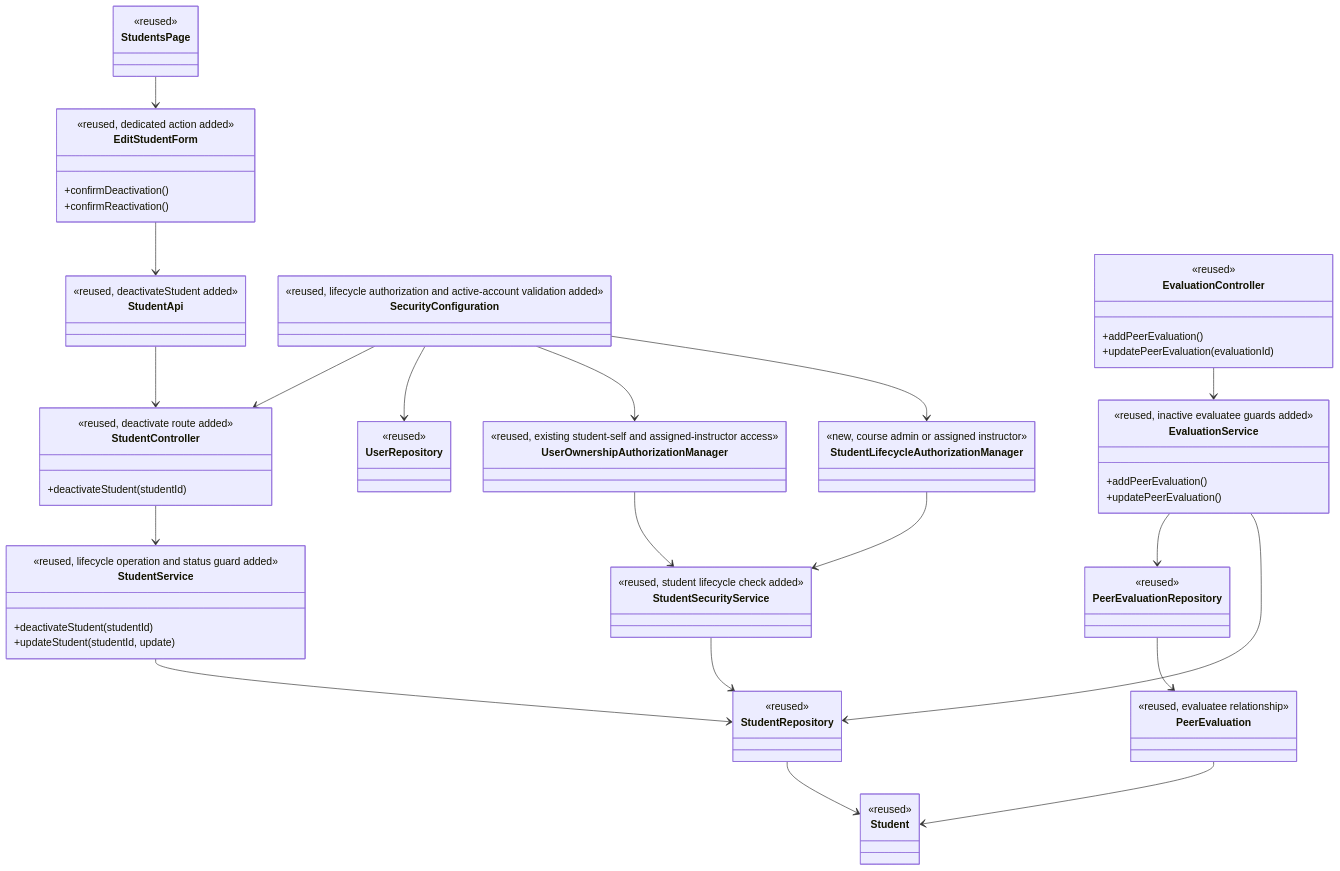
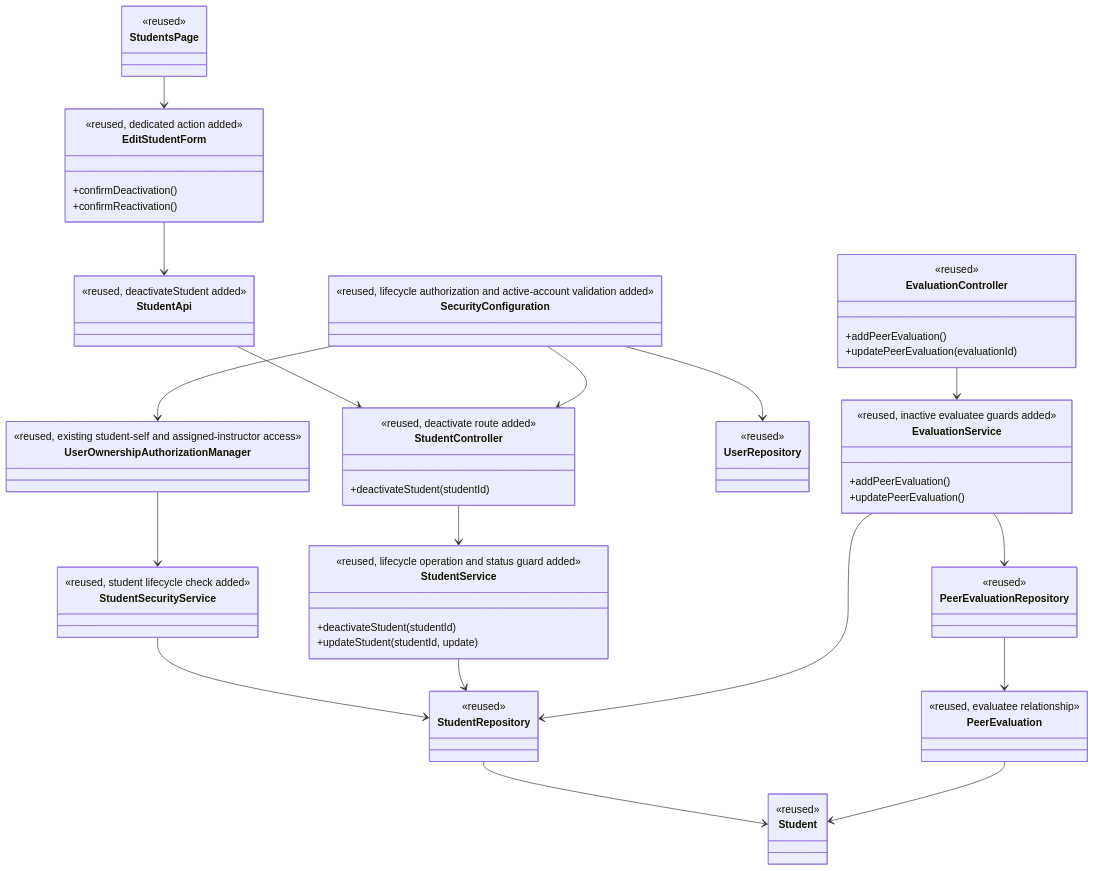
One commit to FranciscoLugoGonzales08/add-a-use-case changed the first of 4 diagrams in docs/design/stu.md. Above: the diagram before and after it, drawn with Mermaid. The commit also changed other lines of this file and 2 other files, not shown here.

````diff
--- a/docs/design/stu.md
+++ b/docs/design/stu.md
@@ -13,78 +13,73 @@
 ```mermaid
 classDiagram
     class StudentsPage {
         <<reused>>
     }
     class EditStudentForm {
         <<reused, dedicated action added>>
         +confirmDeactivation()
         +confirmReactivation()
     }
     class StudentApi {
         <<reused, deactivateStudent added>>
     }
     class SecurityConfiguration {
         <<reused, lifecycle authorization and active-account validation added>>
     }
     class UserOwnershipAuthorizationManager {
         <<reused, existing student-self and assigned-instructor access>>
-    }
-    class StudentLifecycleAuthorizationManager {
-        <<new, course admin or assigned instructor>>
     }
     class StudentSecurityService {
         <<reused, student lifecycle check added>>
     }
     class StudentController {
         <<reused, deactivate route added>>
         +deactivateStudent(studentId)
     }
     class StudentService {
         <<reused, lifecycle operation and status guard added>>
         +deactivateStudent(studentId)
         +updateStudent(studentId, update)
     }
     class StudentRepository {
         <<reused>>
     }
     class UserRepository {
         <<reused>>
     }
     class EvaluationService {
         <<reused, inactive evaluatee guards added>>
         +addPeerEvaluation()
         +updatePeerEvaluation()
     }
     class EvaluationController {
         <<reused>>
         +addPeerEvaluation()
         +updatePeerEvaluation(evaluationId)
     }
     class PeerEvaluationRepository {
         <<reused>>
     }
     class PeerEvaluation {
         <<reused, evaluatee relationship>>
     }
     class Student {
         <<reused>>
     }
     StudentsPage --> EditStudentForm
     EditStudentForm --> StudentApi
     StudentApi --> StudentController
     SecurityConfiguration --> StudentController
     SecurityConfiguration --> UserRepository
     SecurityConfiguration --> UserOwnershipAuthorizationManager
-    SecurityConfiguration --> StudentLifecycleAuthorizationManager
     UserOwnershipAuthorizationManager --> StudentSecurityService
-    StudentLifecycleAuthorizationManager --> StudentSecurityService
     StudentSecurityService --> StudentRepository
     StudentController --> StudentService
     StudentService --> StudentRepository
     StudentRepository --> Student
     EvaluationController --> EvaluationService
     EvaluationService --> PeerEvaluationRepository
     PeerEvaluationRepository --> PeerEvaluation
     PeerEvaluation --> Student
     EvaluationService --> StudentRepository
 ```
````
